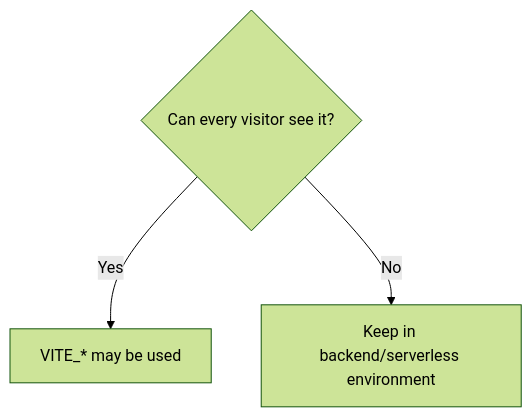
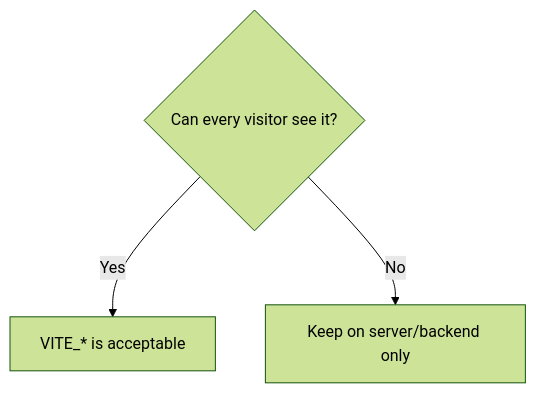
One commit to SidheshwarSarangal/portfoionew changed the second of 6 diagrams in docs/SECURITY_AND_PERFORMANCE.md. Above: the diagram before and after it, drawn with Mermaid (forest theme). The commit also changed other lines of this file and 8 other files, not shown here.

````diff
--- a/docs/SECURITY_AND_PERFORMANCE.md
+++ b/docs/SECURITY_AND_PERFORMANCE.md
@@ -29,6 +16,6 @@
 ```mermaid
 flowchart TD
   Value{Can every visitor see it?}
-  Value -->|Yes| Public[VITE_* may be used]
-  Value -->|No| Private[Keep in backend/serverless environment]
+  Value -->|Yes| Public[VITE_* is acceptable]
+  Value -->|No| Backend[Keep on server/backend only]
 ```
````
